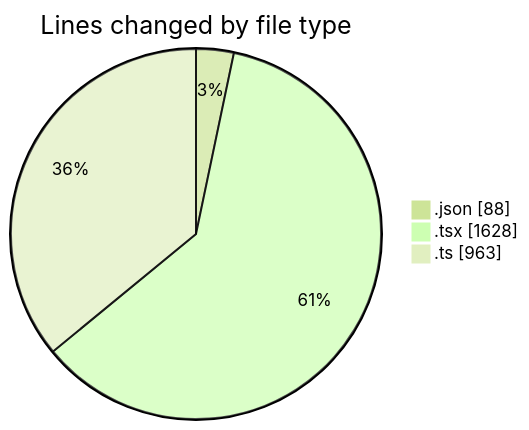
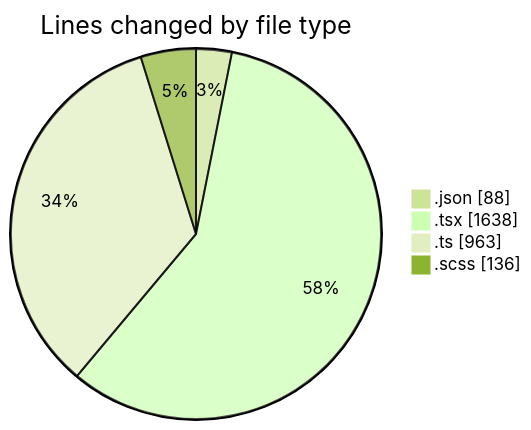
One commit to momahboobian/code-tracking changed the first of 2 diagrams in 2026-10-22/cda/README.md. Above: the diagram before and after it, drawn with Mermaid (forest theme). The commit also changed other lines of this file and 1 other file, not shown here.

````diff
--- a/2026-10-22/cda/README.md
+++ b/2026-10-22/cda/README.md
@@ -28,7 +29,8 @@
 ```mermaid
 pie showData
 title Lines changed by file type
 ".json" : 88
-".tsx" : 1628
+".tsx" : 1638
 ".ts" : 963
+".scss" : 136
 ```
````
